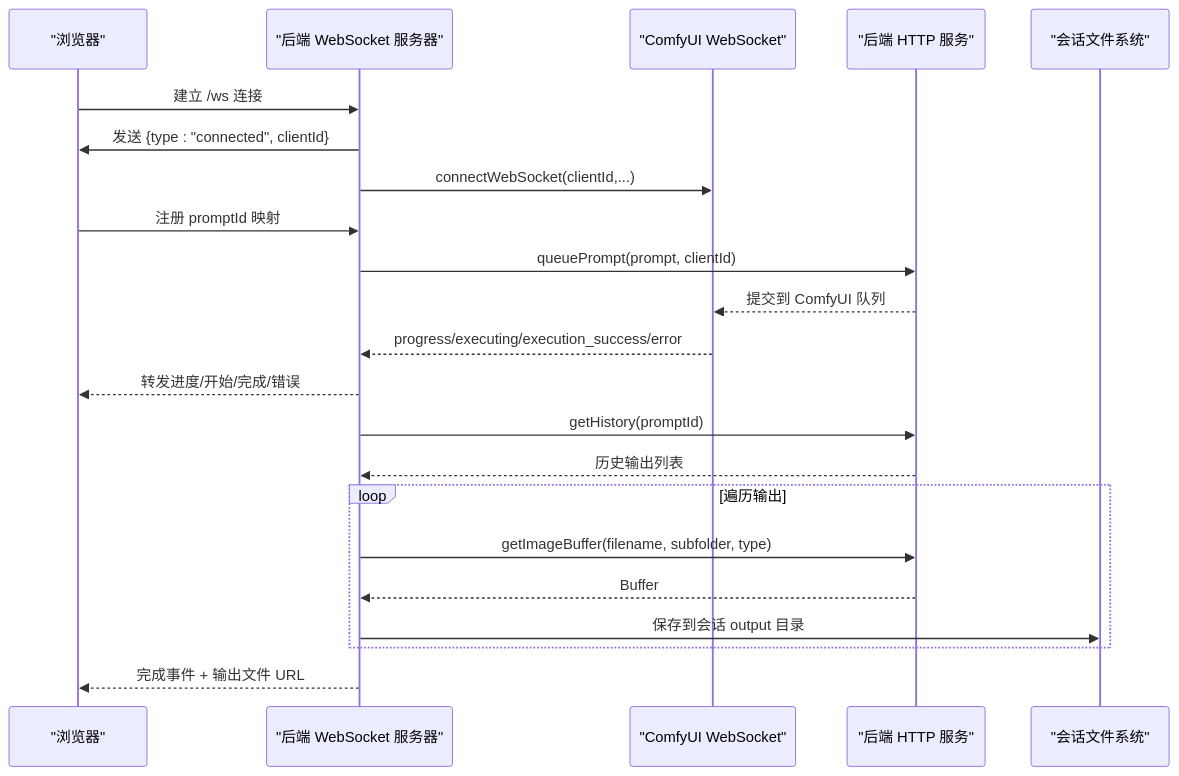
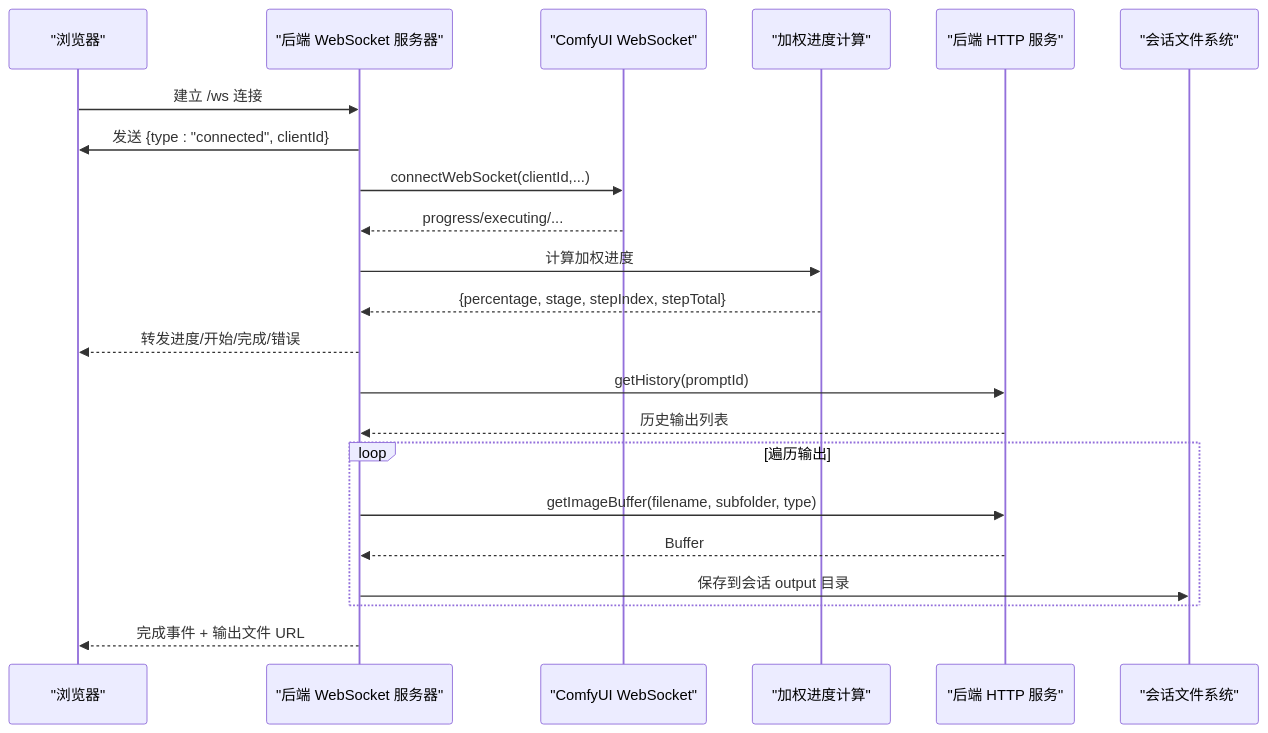
The second of 6 diagrams in .qoder/repowiki/zh/content/后端服务/ComfyUI 集成.md (billye220670/CorineKit_Pix2Real), drawn with Mermaid before and after one commit. The commit also changed other lines of this file and 13 other files, not shown here.

````diff
--- a/.qoder/repowiki/zh/content/后端服务/ComfyUI 集成.md
+++ b/.qoder/repowiki/zh/content/后端服务/ComfyUI 集成.md
@@ -119,24 +138,24 @@
 ```mermaid
 sequenceDiagram
 participant Browser as "浏览器"
 participant WS_Server as "后端 WebSocket 服务器"
 participant WS_Comfy as "ComfyUI WebSocket"
+participant Progress as "加权进度计算"
 participant HTTP as "后端 HTTP 服务"
 participant FS as "会话文件系统"
 Browser->>WS_Server : 建立 /ws 连接
 WS_Server->>Browser : 发送 {type : "connected", clientId}
 WS_Server->>WS_Comfy : connectWebSocket(clientId,...)
-Browser->>WS_Server : 注册 promptId 映射
-WS_Server->>HTTP : queuePrompt(prompt, clientId)
-HTTP-->>WS_Comfy : 提交到 ComfyUI 队列
-WS_Comfy-->>WS_Server : progress/executing/execution_success/error
+WS_Comfy-->>WS_Server : progress/executing/...
+WS_Server->>Progress : 计算加权进度
+Progress-->>WS_Server : {percentage, stage, stepIndex, stepTotal}
 WS_Server-->>Browser : 转发进度/开始/完成/错误
 WS_Server->>HTTP : getHistory(promptId)
 HTTP-->>WS_Server : 历史输出列表
 loop 遍历输出
 WS_Server->>HTTP : getImageBuffer(filename, subfolder, type)
 HTTP-->>WS_Server : Buffer
 WS_Server->>FS : 保存到会话 output 目录
 end
 WS_Server-->>Browser : 完成事件 + 输出文件 URL
 ```
````
